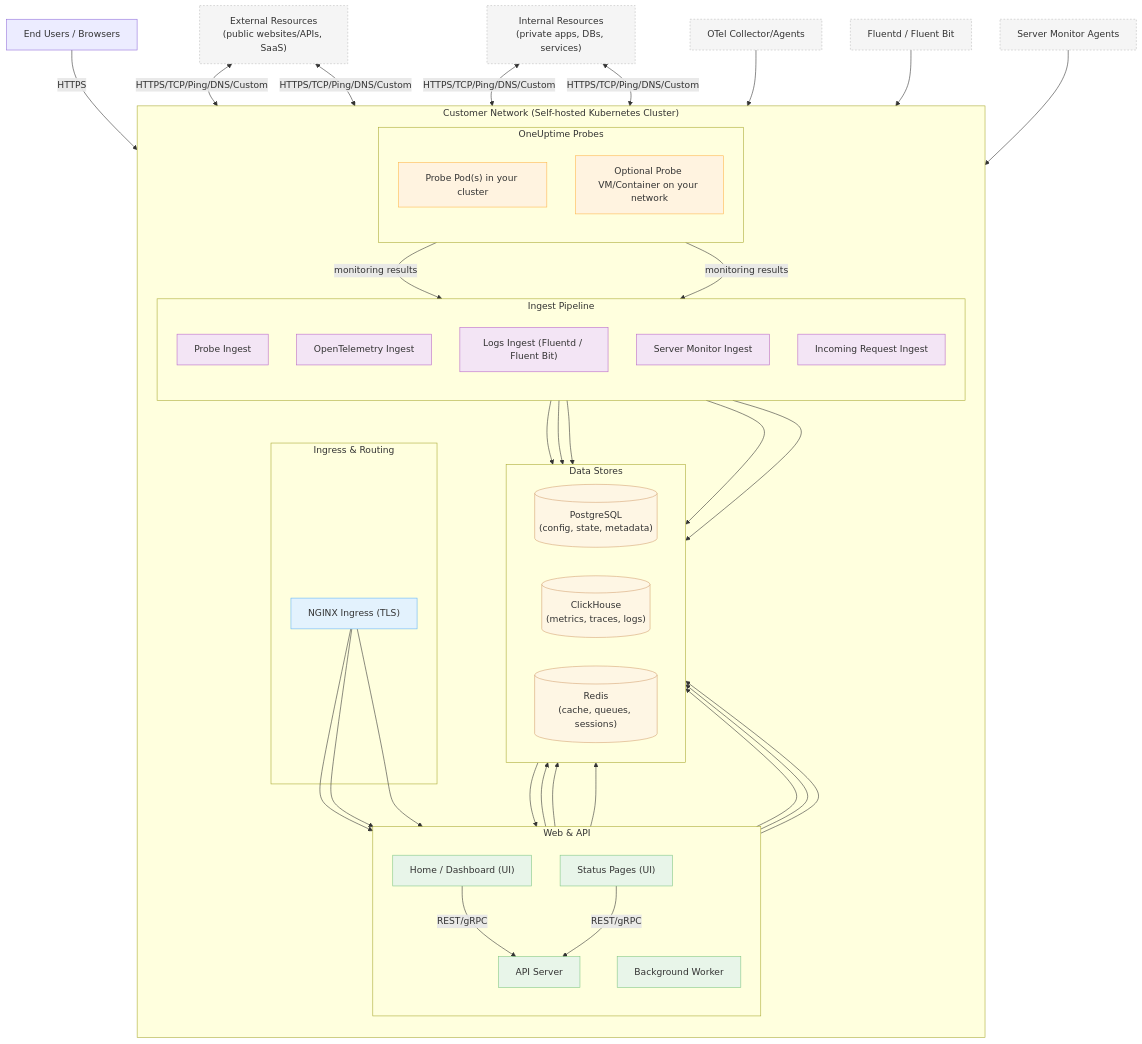
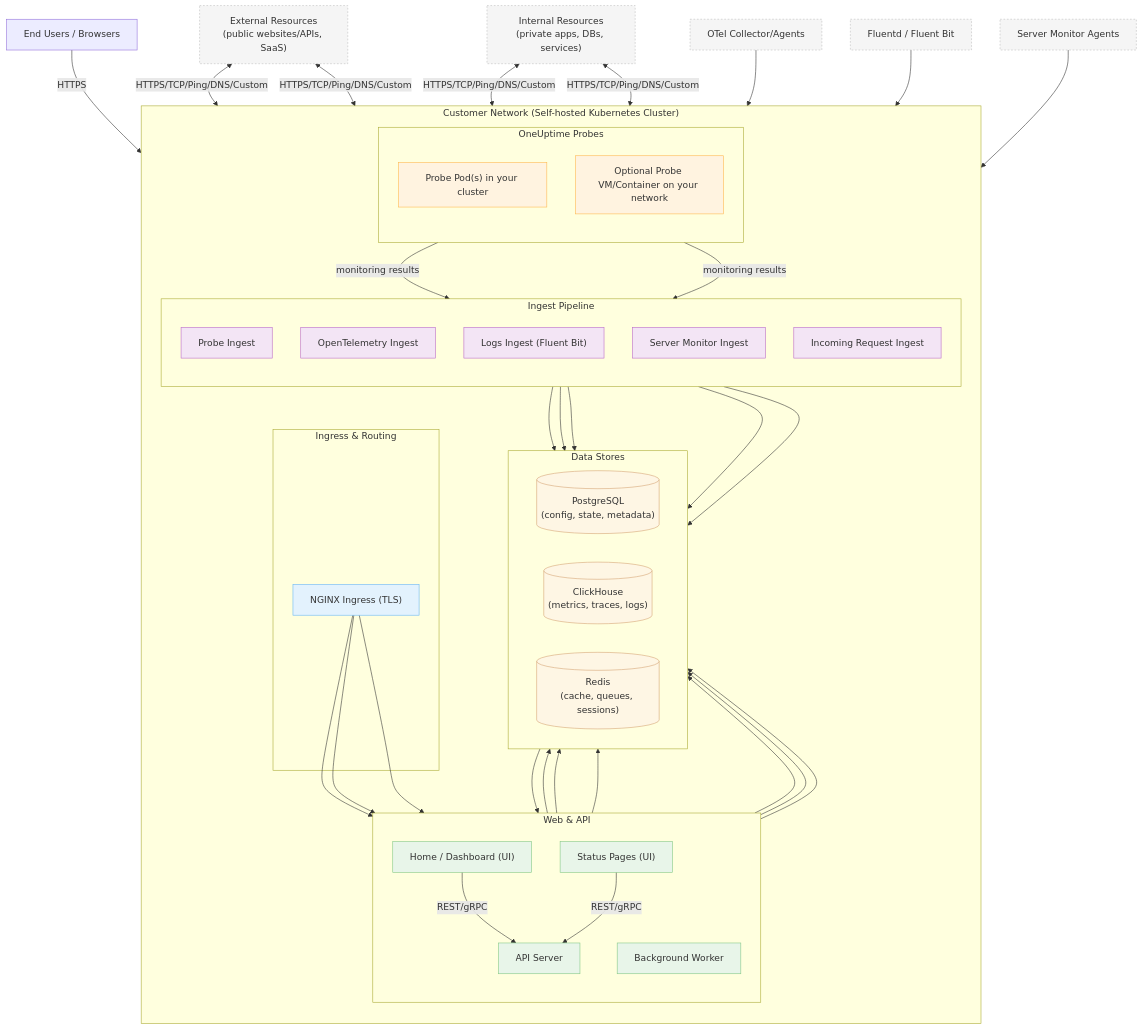
One commit to proengineer-wes/uptime-latest changed the diagram in Docs/Content/self-hosted/architecture.md. Above: the diagram before and after it, drawn with Mermaid. The commit also changed 18 other files, not shown here.

```diff
--- a/Docs/Content/self-hosted/architecture.md
+++ b/Docs/Content/self-hosted/architecture.md
@@ -32,7 +32,7 @@
       direction TB
       PROBEINGEST["Probe Ingest"]
       OTELINGEST["OpenTelemetry Ingest"]
-      FLUENTINGEST["Logs Ingest (Fluentd / Fluent Bit)"]
+      FLUENTLOGS["Logs Ingest (Fluent Bit)"]
       SERVERMONINGEST["Server Monitor Ingest"]
       INCOMINGREQINGEST["Incoming Request Ingest"]
     end
@@ -83,13 +83,13 @@
   INT <-->|HTTPS/TCP/Ping/DNS/Custom| P2
 
   OTELCOLL["OTel Collector/Agents"] --> OTELINGEST
-  FLUENT["Fluentd / Fluent Bit"] --> FLUENTINGEST
+  FLUENT["Fluentd / Fluent Bit"] --> FLUENTLOGS
   SERVERAGENTS["Server Monitor Agents"] --> SERVERMONINGEST
 
   %% Ingest flow to core processing
   PROBEINGEST --> REDIS
   OTELINGEST --> CH
-  FLUENTINGEST --> CH
+  FLUENTLOGS --> CH
   SERVERMONINGEST --> CH
   INCOMINGREQINGEST --> CH
 
@@ -106,7 +106,7 @@
 
   class NGINX edge;
   class HOME,STATUS,API,WORKER web;
-  class PROBEINGEST,OTELINGEST,FLUENTINGEST,SERVERMONINGEST,INCOMINGREQINGEST ingest;
+  class PROBEINGEST,OTELINGEST,FLUENTLOGS,SERVERMONINGEST,INCOMINGREQINGEST ingest;
   class P1,P2 probe;
   class PG,CH,REDIS store;
   class EXT,INT,OTELCOLL,FLUENT,SERVERAGENTS outside;
```
